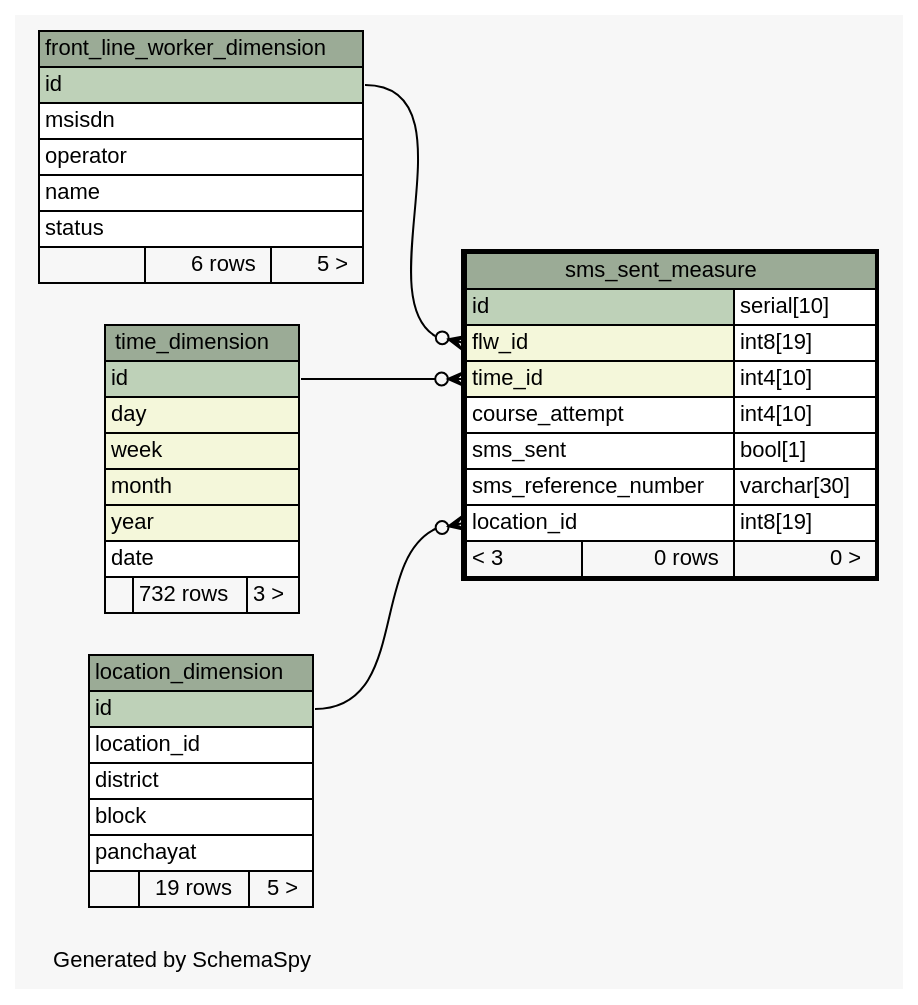
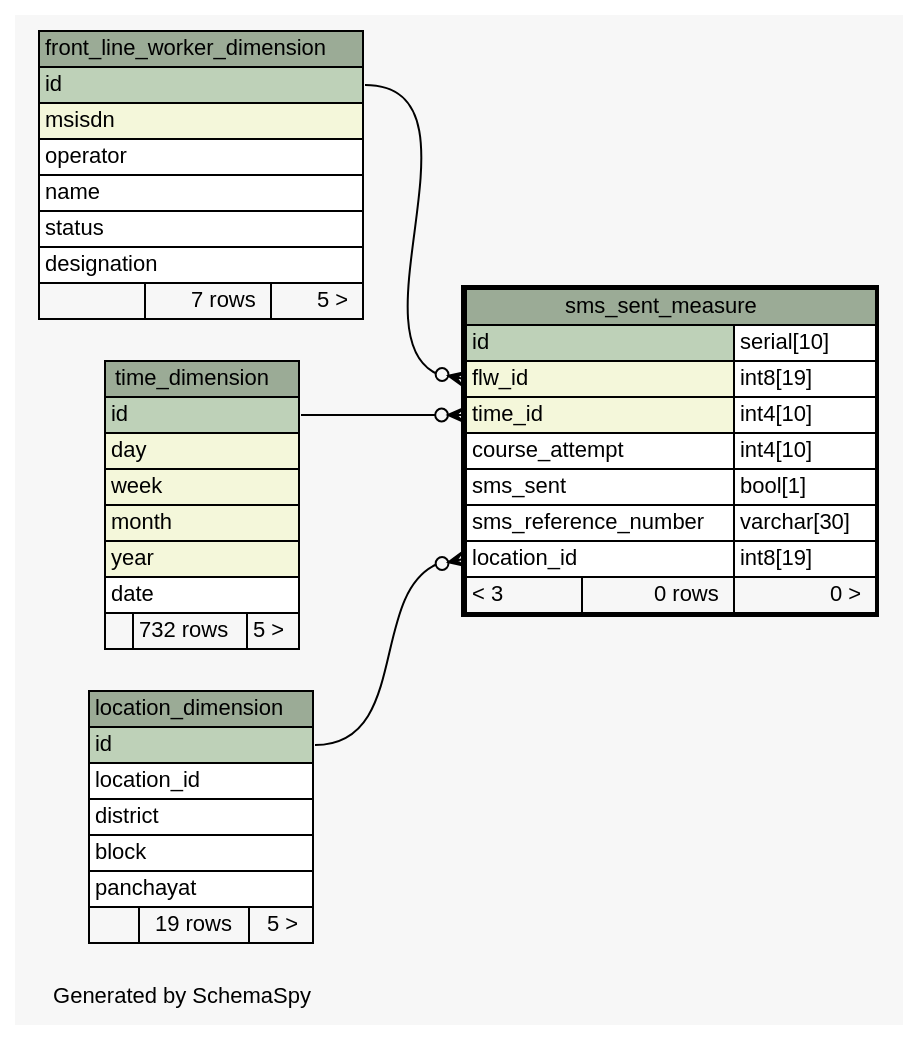
One commit to motech/ananya changed the diagram in ananya-report/build/schemaspy-output/diagrams/sms_sent_measure.1degree.dot. Above: the diagram before and after it, drawn with Graphviz. The commit also changed 73 other files, not shown here.

Commit message:
vijay|#00|updated schemaspy output

```diff
--- a/ananya-report/build/schemaspy-output/diagrams/sms_sent_measure.1degree.dot
+++ b/ananya-report/build/schemaspy-output/diagrams/sms_sent_measure.1degree.dot
@@ -1,84 +1,85 @@
-// dot 2.28.0 on Mac OS X 10.7.3
+// dot 2.26.3 on Linux 2.6.38-11-generic-pae
 // SchemaSpy rev 590
 digraph "oneDegreeRelationshipsDiagram" {
   graph [
     rankdir="RL"
     bgcolor="#f7f7f7"
     label="\nGenerated by SchemaSpy"
     labeljust="l"
     nodesep="0.18"
     ranksep="0.46"
     fontname="Helvetica"
     fontsize="11"
   ];
   node [
     fontname="Helvetica"
     fontsize="11"
     shape="plaintext"
   ];
   edge [
     arrowsize="0.8"
   ];
   "sms_sent_measure":"flw_id":w -> "front_line_worker_dimension":"id":e [arrowhead=none dir=back arrowtail=crowodot];
   "sms_sent_measure":"location_id":w -> "location_dimension":"id":e [arrowhead=none dir=back arrowtail=crowodot];
   "sms_sent_measure":"time_id":w -> "time_dimension":"id":e [arrowhead=none dir=back arrowtail=crowodot];
   "front_line_worker_dimension" [
     label=<
     <TABLE BORDER="0" CELLBORDER="1" CELLSPACING="0" BGCOLOR="#ffffff">
       <TR><TD COLSPAN="3" BGCOLOR="#9bab96" ALIGN="CENTER">front_line_worker_dimension</TD></TR>
       <TR><TD PORT="id" COLSPAN="3" BGCOLOR="#bed1b8" ALIGN="LEFT">id</TD></TR>
-      <TR><TD PORT="msisdn" COLSPAN="3" ALIGN="LEFT">msisdn</TD></TR>
+      <TR><TD PORT="msisdn" COLSPAN="3" BGCOLOR="#f4f7da" ALIGN="LEFT">msisdn</TD></TR>
       <TR><TD PORT="operator" COLSPAN="3" ALIGN="LEFT">operator</TD></TR>
       <TR><TD PORT="name" COLSPAN="3" ALIGN="LEFT">name</TD></TR>
       <TR><TD PORT="status" COLSPAN="3" ALIGN="LEFT">status</TD></TR>
-      <TR><TD ALIGN="LEFT" BGCOLOR="#f7f7f7">  </TD><TD ALIGN="RIGHT" BGCOLOR="#f7f7f7">6 rows</TD><TD ALIGN="RIGHT" BGCOLOR="#f7f7f7">5 &gt;</TD></TR>
+      <TR><TD PORT="designation" COLSPAN="3" ALIGN="LEFT">designation</TD></TR>
+      <TR><TD ALIGN="LEFT" BGCOLOR="#f7f7f7">  </TD><TD ALIGN="RIGHT" BGCOLOR="#f7f7f7">7 rows</TD><TD ALIGN="RIGHT" BGCOLOR="#f7f7f7">5 &gt;</TD></TR>
     </TABLE>>
     URL="front_line_worker_dimension.html"
     tooltip="front_line_worker_dimension"
   ];
   "location_dimension" [
     label=<
     <TABLE BORDER="0" CELLBORDER="1" CELLSPACING="0" BGCOLOR="#ffffff">
       <TR><TD COLSPAN="3" BGCOLOR="#9bab96" ALIGN="CENTER">location_dimension</TD></TR>
       <TR><TD PORT="id" COLSPAN="3" BGCOLOR="#bed1b8" ALIGN="LEFT">id</TD></TR>
       <TR><TD PORT="location_id" COLSPAN="3" ALIGN="LEFT">location_id</TD></TR>
       <TR><TD PORT="district" COLSPAN="3" ALIGN="LEFT">district</TD></TR>
       <TR><TD PORT="block" COLSPAN="3" ALIGN="LEFT">block</TD></TR>
       <TR><TD PORT="panchayat" COLSPAN="3" ALIGN="LEFT">panchayat</TD></TR>
       <TR><TD ALIGN="LEFT" BGCOLOR="#f7f7f7">  </TD><TD ALIGN="RIGHT" BGCOLOR="#f7f7f7">19 rows</TD><TD ALIGN="RIGHT" BGCOLOR="#f7f7f7">5 &gt;</TD></TR>
     </TABLE>>
     URL="location_dimension.html"
     tooltip="location_dimension"
   ];
   "sms_sent_measure" [
     label=<
     <TABLE BORDER="2" CELLBORDER="1" CELLSPACING="0" BGCOLOR="#ffffff">
       <TR><TD COLSPAN="3" BGCOLOR="#9bab96" ALIGN="CENTER">sms_sent_measure</TD></TR>
       <TR><TD PORT="id" COLSPAN="2" BGCOLOR="#bed1b8" ALIGN="LEFT">id</TD><TD PORT="id.type" ALIGN="LEFT">serial[10]</TD></TR>
       <TR><TD PORT="flw_id" COLSPAN="2" BGCOLOR="#f4f7da" ALIGN="LEFT">flw_id</TD><TD PORT="flw_id.type" ALIGN="LEFT">int8[19]</TD></TR>
       <TR><TD PORT="time_id" COLSPAN="2" BGCOLOR="#f4f7da" ALIGN="LEFT">time_id</TD><TD PORT="time_id.type" ALIGN="LEFT">int4[10]</TD></TR>
       <TR><TD PORT="course_attempt" COLSPAN="2" ALIGN="LEFT">course_attempt</TD><TD PORT="course_attempt.type" ALIGN="LEFT">int4[10]</TD></TR>
       <TR><TD PORT="sms_sent" COLSPAN="2" ALIGN="LEFT">sms_sent</TD><TD PORT="sms_sent.type" ALIGN="LEFT">bool[1]</TD></TR>
       <TR><TD PORT="sms_reference_number" COLSPAN="2" ALIGN="LEFT">sms_reference_number</TD><TD PORT="sms_reference_number.type" ALIGN="LEFT">varchar[30]</TD></TR>
       <TR><TD PORT="location_id" COLSPAN="2" ALIGN="LEFT">location_id</TD><TD PORT="location_id.type" ALIGN="LEFT">int8[19]</TD></TR>
       <TR><TD ALIGN="LEFT" BGCOLOR="#f7f7f7">&lt; 3</TD><TD ALIGN="RIGHT" BGCOLOR="#f7f7f7">0 rows</TD><TD ALIGN="RIGHT" BGCOLOR="#f7f7f7">0 &gt;</TD></TR>
     </TABLE>>
     URL="sms_sent_measure.html"
     tooltip="sms_sent_measure"
   ];
   "time_dimension" [
     label=<
     <TABLE BORDER="0" CELLBORDER="1" CELLSPACING="0" BGCOLOR="#ffffff">
       <TR><TD COLSPAN="3" BGCOLOR="#9bab96" ALIGN="CENTER">time_dimension</TD></TR>
       <TR><TD PORT="id" COLSPAN="3" BGCOLOR="#bed1b8" ALIGN="LEFT">id</TD></TR>
       <TR><TD PORT="day" COLSPAN="3" BGCOLOR="#f4f7da" ALIGN="LEFT">day</TD></TR>
       <TR><TD PORT="week" COLSPAN="3" BGCOLOR="#f4f7da" ALIGN="LEFT">week</TD></TR>
       <TR><TD PORT="month" COLSPAN="3" BGCOLOR="#f4f7da" ALIGN="LEFT">month</TD></TR>
       <TR><TD PORT="year" COLSPAN="3" BGCOLOR="#f4f7da" ALIGN="LEFT">year</TD></TR>
       <TR><TD PORT="date" COLSPAN="3" ALIGN="LEFT">date</TD></TR>
-      <TR><TD ALIGN="LEFT" BGCOLOR="#f7f7f7">  </TD><TD ALIGN="RIGHT" BGCOLOR="#f7f7f7">732 rows</TD><TD ALIGN="RIGHT" BGCOLOR="#f7f7f7">3 &gt;</TD></TR>
+      <TR><TD ALIGN="LEFT" BGCOLOR="#f7f7f7">  </TD><TD ALIGN="RIGHT" BGCOLOR="#f7f7f7">732 rows</TD><TD ALIGN="RIGHT" BGCOLOR="#f7f7f7">5 &gt;</TD></TR>
     </TABLE>>
     URL="time_dimension.html"
     tooltip="time_dimension"
   ];
 }
```
